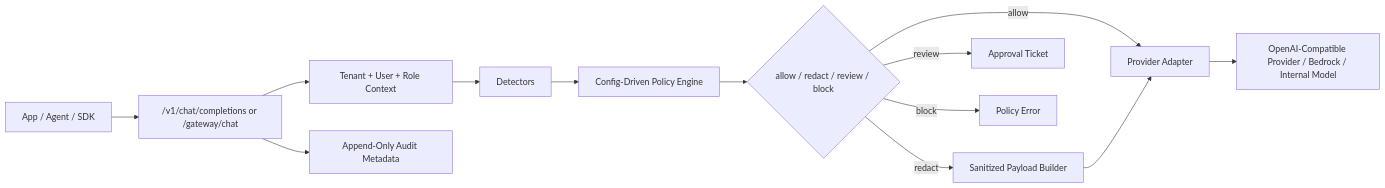
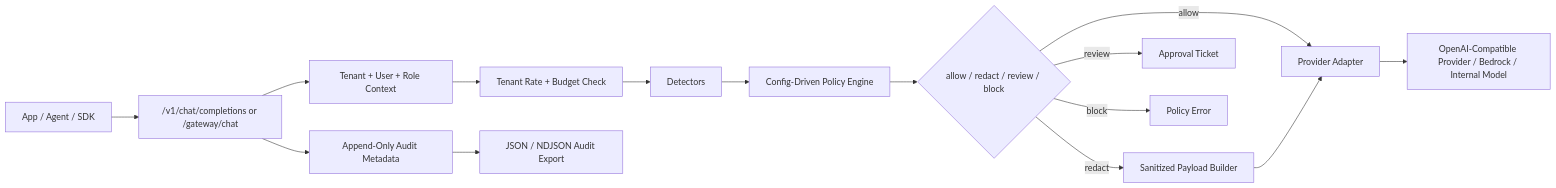
Before and after one commit to nevesliu7/context-firewall: the first of 2 diagrams in docs/architecture.md, drawn with Mermaid. The commit also changed other lines of this file and 35 other files, not shown here.

````diff
--- a/docs/architecture.md
+++ b/docs/architecture.md
@@ -7,15 +7,17 @@
 ```mermaid
 flowchart LR
   Client["App / Agent / SDK"] --> Gateway["/v1/chat/completions or /gateway/chat"]
   Gateway --> Identity["Tenant + User + Role Context"]
-  Identity --> Detect["Detectors"]
+  Identity --> Usage["Tenant Rate + Budget Check"]
+  Usage --> Detect["Detectors"]
   Detect --> Policy["Config-Driven Policy Engine"]
   Policy --> Decision{"allow / redact / review / block"}
   Decision -->|allow| Route["Provider Adapter"]
   Decision -->|redact| Redactor["Sanitized Payload Builder"]
   Redactor --> Route
   Decision -->|review| Approval["Approval Ticket"]
   Decision -->|block| Deny["Policy Error"]
   Route --> Provider["OpenAI-Compatible Provider / Bedrock / Internal Model"]
   Gateway --> Audit["Append-Only Audit Metadata"]
+  Audit --> Export["JSON / NDJSON Audit Export"]
 ```
````
